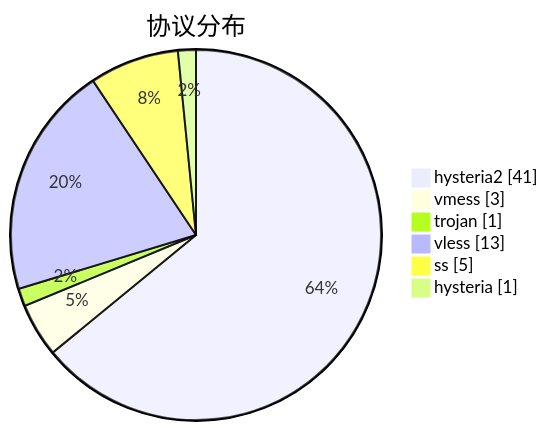
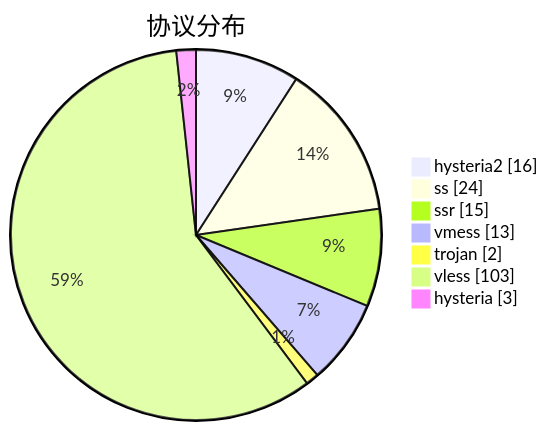
One commit to sinspired/airport changed the third of 3 diagrams in subs/statistics/tested_within.md. Above: the diagram before and after it, drawn with Mermaid. The commit also changed other lines of this file and 2 other files, not shown here.

````diff
--- a/subs/statistics/tested_within.md
+++ b/subs/statistics/tested_within.md
@@ -31,10 +37,11 @@
 ```mermaid
 pie showData
 title 协议分布
-"hysteria2" : 41
-"vmess" : 3
-"trojan" : 1
-"vless" : 13
-"ss" : 5
-"hysteria" : 1
+"hysteria2" : 16
+"ss" : 24
+"ssr" : 15
+"vmess" : 13
+"trojan" : 2
+"vless" : 103
+"hysteria" : 3
 ```
````
